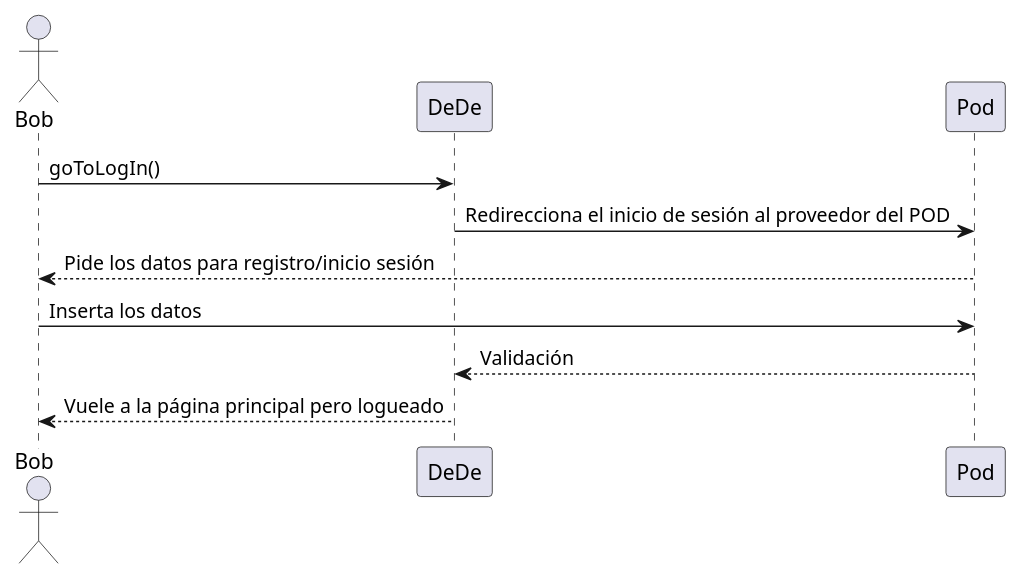
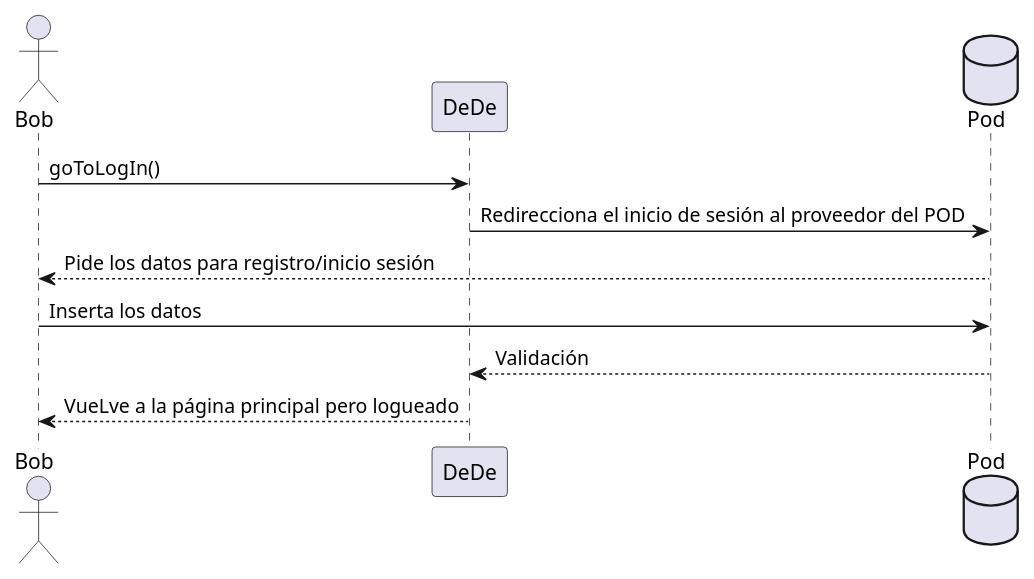
One commit to Arquisoft/dede_es6b changed the first of 4 diagrams in docs/06_runtime_view.adoc. Above: the diagram before and after it, drawn with PlantUML. The commit also changed other lines of this file, not shown here.

```diff
--- a/docs/06_runtime_view.adoc
+++ b/docs/06_runtime_view.adoc
@@ -9,12 +9,12 @@
 [plantuml,"06_runtime_registro",png]
 ----
 actor Bob
 participant DeDe
-participant Pod
+database Pod
 Bob -> DeDe: goToLogIn()
 DeDe -> Pod: Redirecciona el inicio de sesión al proveedor del POD
 Bob <-- Pod: Pide los datos para registro/inicio sesión
 Bob -> Pod: Inserta los datos
 DeDe <-- Pod: Validación
-Bob <-- DeDe: Vuele a la página principal pero logueado
+Bob <-- DeDe: VueLve a la página principal pero logueado
 ----
```
